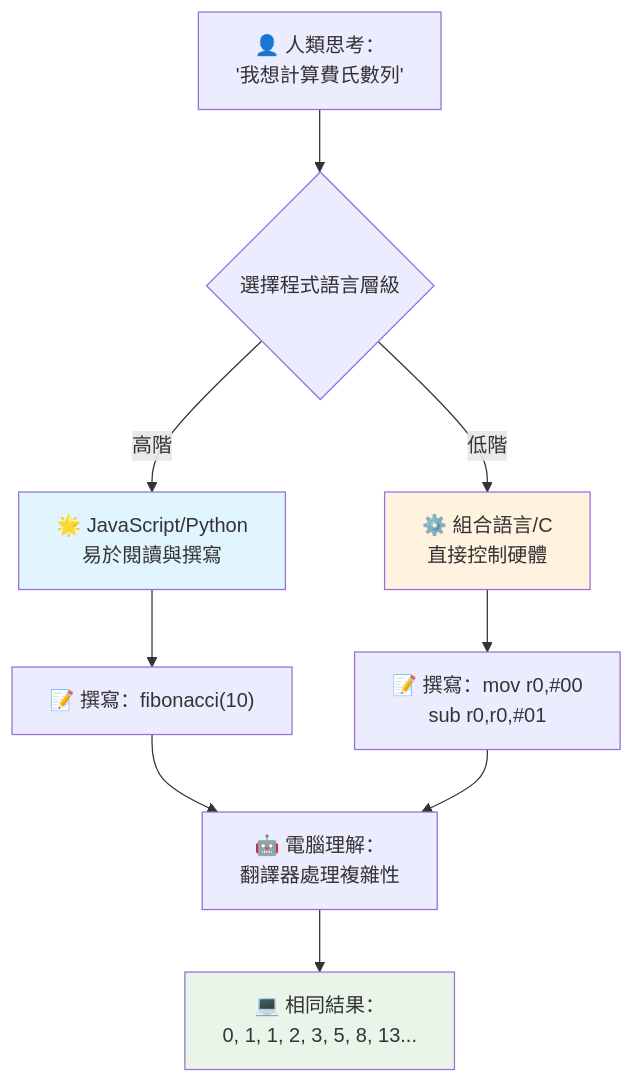
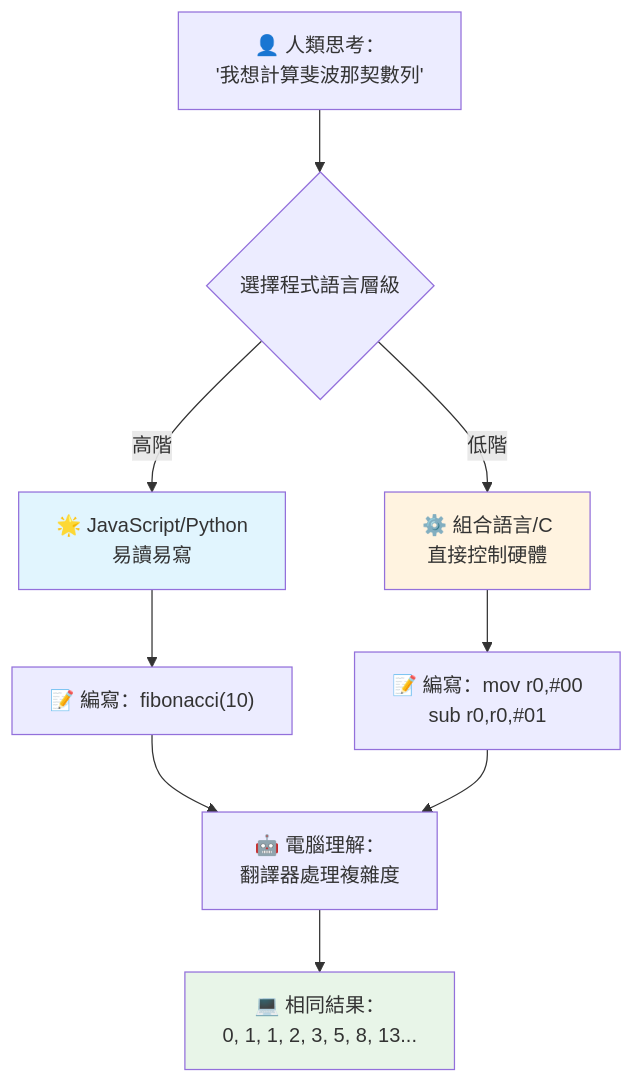
The third of 7 diagrams in translations/zh-TW/1-getting-started-lessons/1-intro-to-programming-languages/README.md (microsoft/Web-Dev-For-Beginners), drawn with Mermaid before and after one commit. The commit also changed other lines of this file and 8 other files, not shown here.

````diff
--- a/translations/zh-TW/1-getting-started-lessons/1-intro-to-programming-languages/README.md
+++ b/translations/zh-TW/1-getting-started-lessons/1-intro-to-programming-languages/README.md
@@ -147,19 +149,19 @@
 ```mermaid
 flowchart TB
-    A["👤 人類思考：<br/>'我想計算費氏數列'"] --> B{選擇程式語言層級}
+    A["👤 人類思考：<br/>'我想計算斐波那契數列'"] --> B{選擇程式語言層級}
     
-    B -->|高階| C["🌟 JavaScript/Python<br/>易於閱讀與撰寫"]
+    B -->|高階| C["🌟 JavaScript/Python<br/>易讀易寫"]
     B -->|低階| D["⚙️ 組合語言/C<br/>直接控制硬體"]
     
-    C --> E["📝 撰寫：fibonacci(10)"]
-    D --> F["📝 撰寫：mov r0,#00<br/>sub r0,r0,#01"]
+    C --> E["📝 編寫：fibonacci(10)"]
+    D --> F["📝 編寫：mov r0,#00<br/>sub r0,r0,#01"]
     
-    E --> G["🤖 電腦理解：<br/>翻譯器處理複雜性"]
+    E --> G["🤖 電腦理解：<br/>翻譯器處理複雜度"]
     F --> G
     
     G --> H["💻 相同結果：<br/>0, 1, 1, 2, 3, 5, 8, 13..."]
     
     style C fill:#e1f5fe
     style D fill:#fff3e0
     style H fill:#e8f5e8
 ```
````
